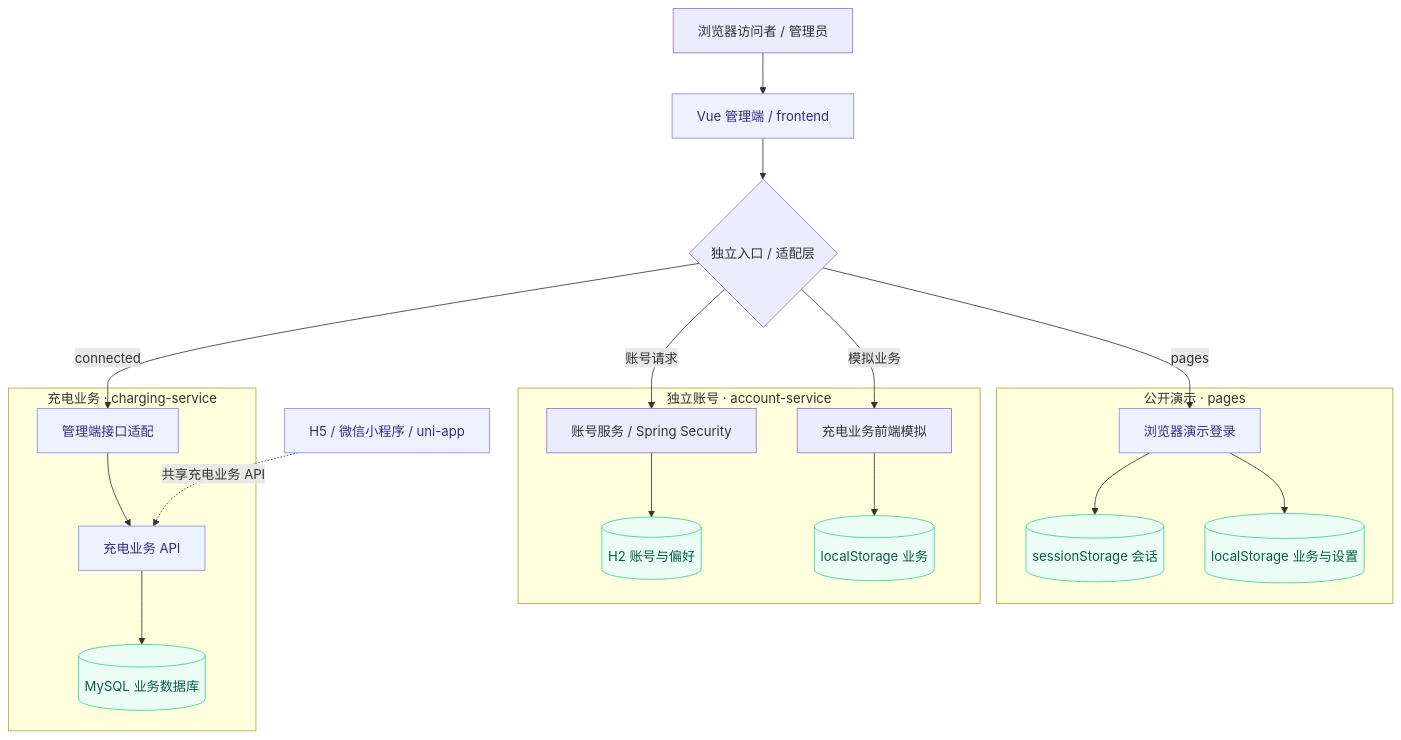
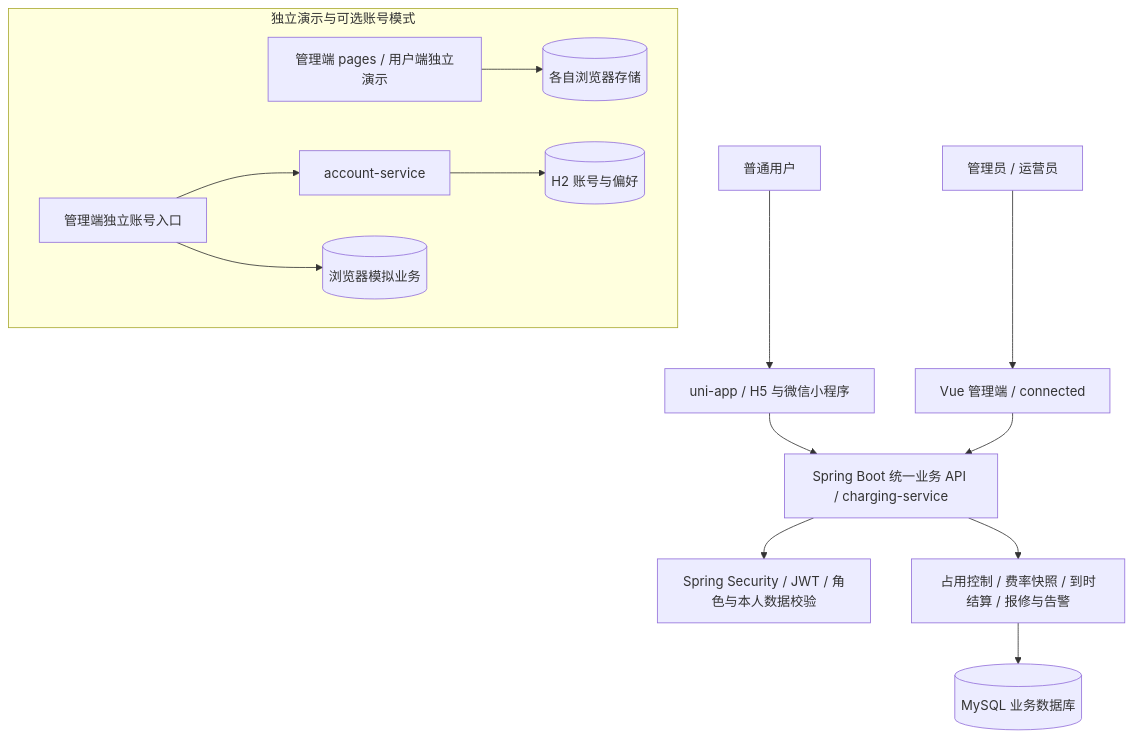
The second of 4 diagrams in README.md (ifox-hu/campus-ebike-charging), drawn with Mermaid before and after one commit. The commit also changed other lines of this file, not shown here.

Commit message:
docs: align README with connected charging system

````diff
--- a/README.md
+++ b/README.md
@@ -144,28 +152,16 @@
 ```mermaid
 flowchart TB
-  Visitor["浏览器访问者 / 管理员"] --> Front["Vue 管理端 / frontend"]
-  Front --> Mode{"独立入口 / 适配层"}
-  subgraph Pages["公开演示 · pages"]
-    Demo["浏览器演示登录"] --> Session[("sessionStorage 会话")]
-    Demo --> Local[("localStorage 业务与设置")]
+  User["普通用户"] --> Mobile["uni-app / H5 与微信小程序"]
+  Staff["管理员 / 运营员"] --> Admin["Vue 管理端 / connected"]
+  Mobile --> API["Spring Boot 统一业务 API / charging-service"]
+  Admin --> API
+  API --> Auth["Spring Security / JWT / 角色与本人数据校验"]
+  API --> Rules["占用控制 / 费率快照 / 到时结算 / 报修与告警"]
+  Rules --> MySQL[("MySQL 业务数据库")]
+  subgraph Optional["独立演示与可选账号模式"]
+    Demo["管理端 pages / 用户端独立演示"] --> Local[("各自浏览器存储")]
+    AccountFront["管理端独立账号入口"] --> Account["account-service"]
+    Account --> H2[("H2 账号与偏好")]
+    AccountFront --> Browser[("浏览器模拟业务")]
   end
-  subgraph Account["独立账号 · account-service"]
-    Auth["账号服务 / Spring Security"] --> H2[("H2 账号与偏好")]
-    Sim["充电业务前端模拟"] --> BusinessStore[("localStorage 业务")]
-  end
-  subgraph Connected["充电业务 · charging-service"]
-    Client["管理端接口适配"] --> API["充电业务 API"]
-    API --> Database[("MySQL 业务数据库")]
-  end
-  Mode -->|pages| Demo
-  Mode -->|账号请求| Auth
-  Mode -->|模拟业务| Sim
-  Mode -->|connected| Client
-  Mini["H5 / 微信小程序 / uni-app"] -. "共享充电业务 API" .-> API
-  classDef frontend fill:#eef2ff,stroke:#818cf8,color:#312e81
-  classDef data fill:#ecfdf5,stroke:#34d399,color:#065f46
-  class Front,Demo,Client frontend
-  class Local,Session,H2,BusinessStore data
-  class API,Mini frontend
-  class Database data
 ```
````
